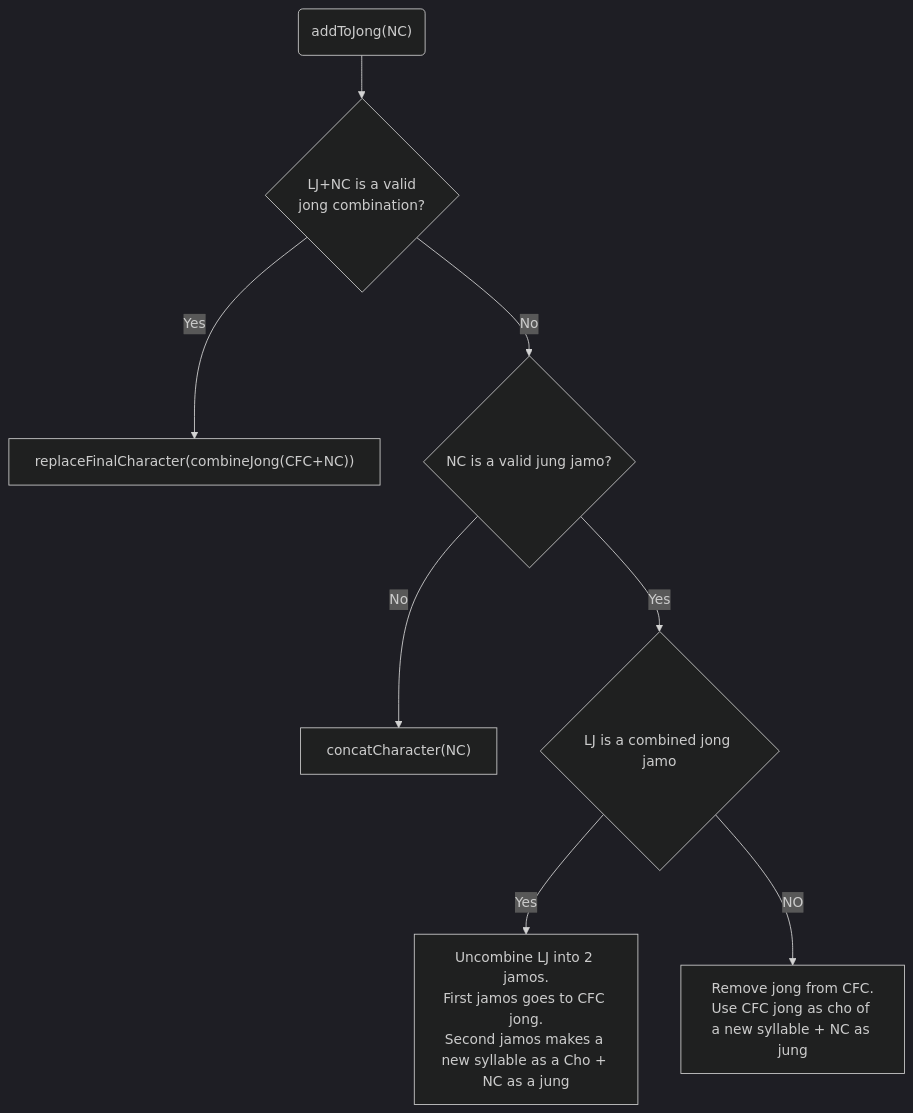
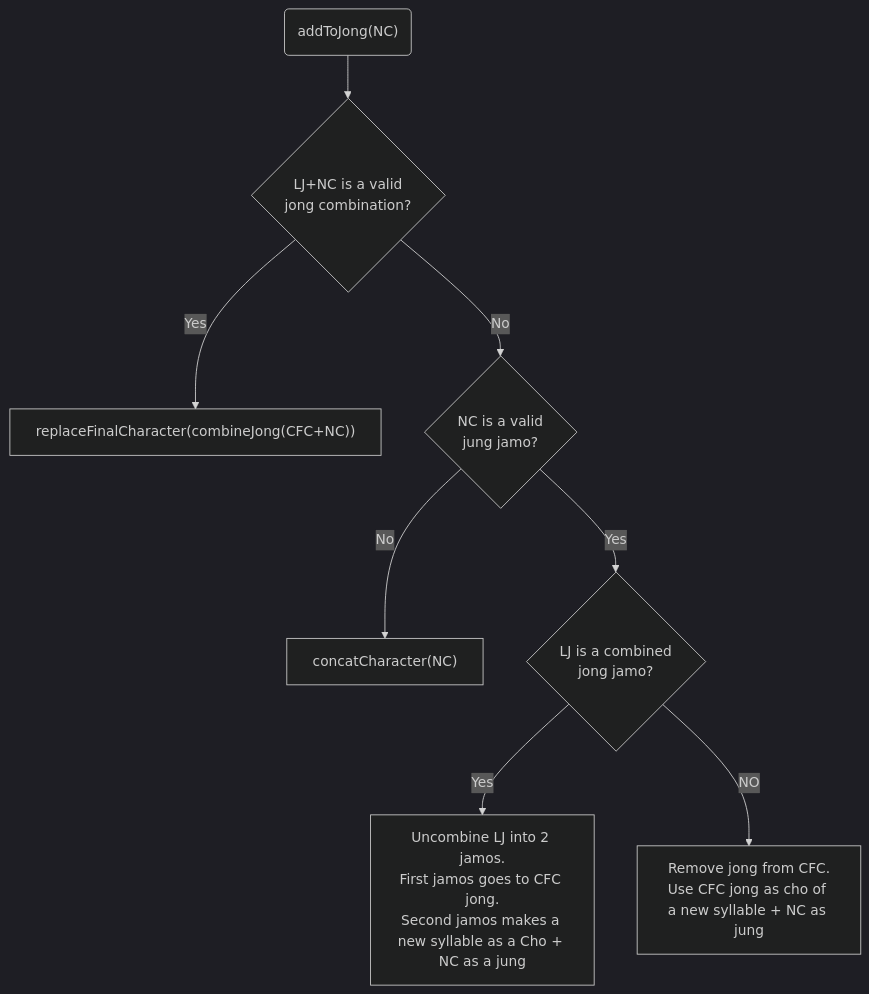
The fourth of 4 diagrams in doc/dev/hangul_input_flow.md (gsouf/dart-hangul), drawn with Mermaid (dark theme) before and after one commit. The commit also changed other lines of this file, not shown here.

````diff
--- a/doc/dev/hangul_input_flow.md
+++ b/doc/dev/hangul_input_flow.md
@@ -57,10 +57,10 @@
 ```mermaid
 graph TD
   A("addToJong(NC)") --> B{LJ+NC is a valid<br/>jong combination?}
   B --> |Yes| C["replaceFinalCharacter(combineJong(CFC+NC))"]
-  B --> |No| D{NC is a valid jung jamo?}
+  B --> |No| D{NC is a valid<br/>jung jamo?}
   D --> |No| H["concatCharacter(NC)"]
-  D --> |Yes| E{LJ is a combined jong jamo}
+  D --> |Yes| E{LJ is a combined<br/>jong jamo?}
   E --> |Yes| F[Uncombine LJ into 2 jamos.<br/>First jamos goes to CFC jong.<br/>Second jamos makes a new syllable as a Cho + NC as a jung]
   E --> |NO| G[Remove jong from CFC.<br/>Use CFC jong as cho of a new syllable + NC as jung]
 ```
````
